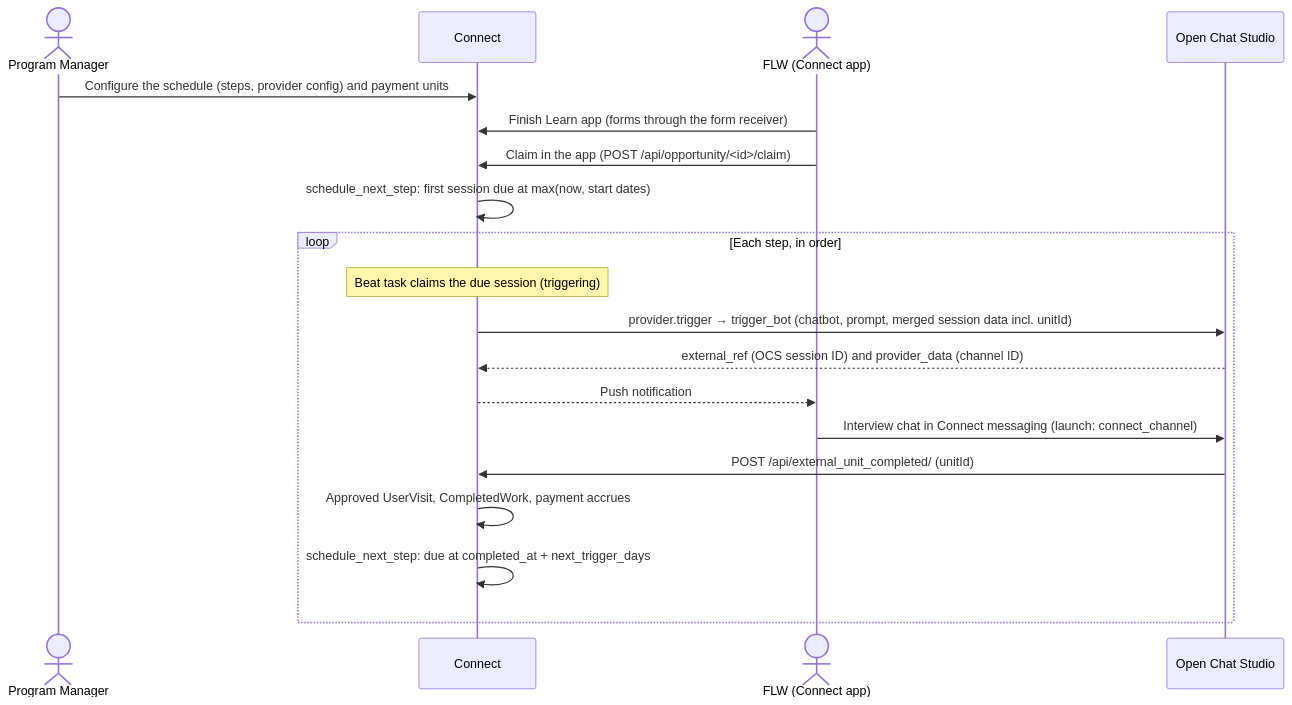
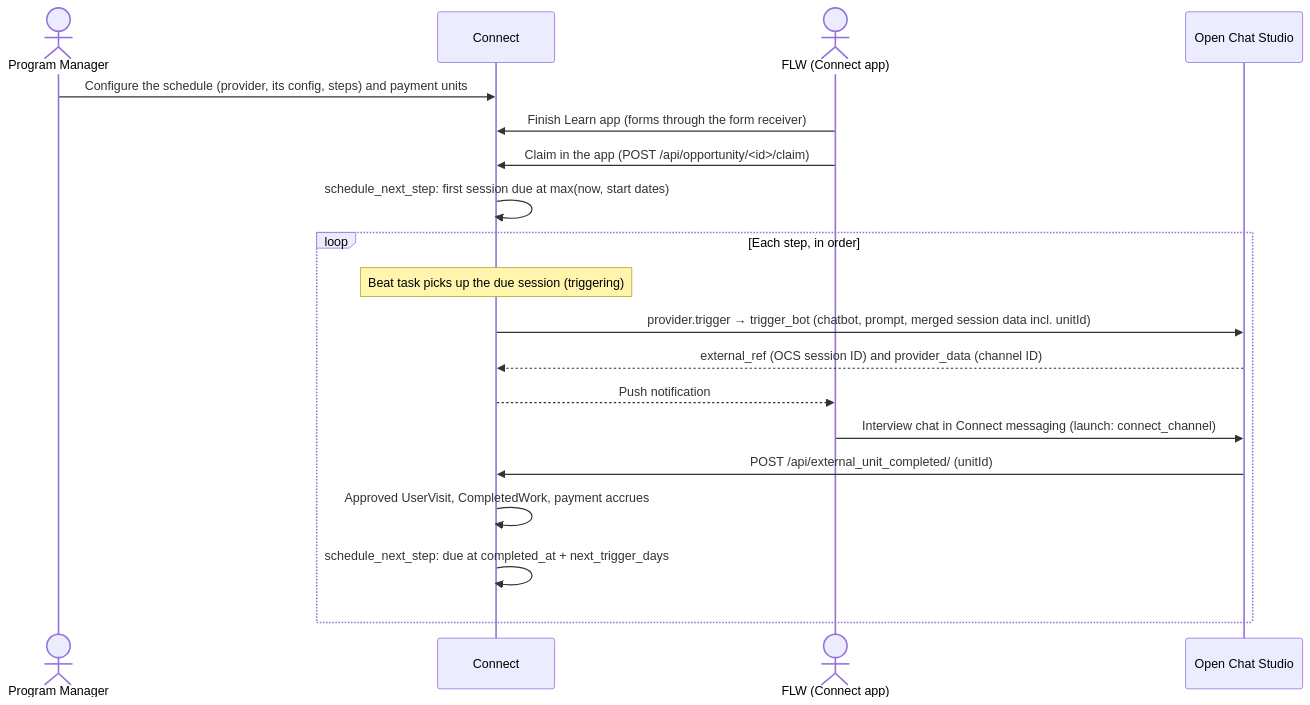
One commit to dimagi/commcare-connect changed the diagram in outputs/CCCT-2861-spec-doc.md. Above: the diagram before and after it, drawn with Mermaid. The commit also changed other lines of this file, not shown here.

````diff
--- a/outputs/CCCT-2861-spec-doc.md
+++ b/outputs/CCCT-2861-spec-doc.md
@@ -43,22 +43,22 @@
 ```mermaid
 sequenceDiagram
     actor PM as Program Manager
     participant C as Connect
     actor FLW as FLW (Connect app)
     participant OCS as Open Chat Studio
 
-    PM->>C: Configure the schedule (steps, provider config) and payment units
+    PM->>C: Configure the schedule (provider, its config, steps) and payment units
     FLW->>C: Finish Learn app (forms through the form receiver)
     FLW->>C: Claim in the app (POST /api/opportunity/<id>/claim)
     C->>C: schedule_next_step: first session due at max(now, start dates)
     loop Each step, in order
-        Note over C: Beat task claims the due session (triggering)
+        Note over C: Beat task picks up the due session (triggering)
         C->>OCS: provider.trigger → trigger_bot (chatbot, prompt, merged session data incl. unitId)
         OCS-->>C: external_ref (OCS session ID) and provider_data (channel ID)
         C-->>FLW: Push notification
         FLW->>OCS: Interview chat in Connect messaging (launch: connect_channel)
         OCS->>C: POST /api/external_unit_completed/ (unitId)
         C->>C: Approved UserVisit, CompletedWork, payment accrues
         C->>C: schedule_next_step: due at completed_at + next_trigger_days
     end
 ```
````
